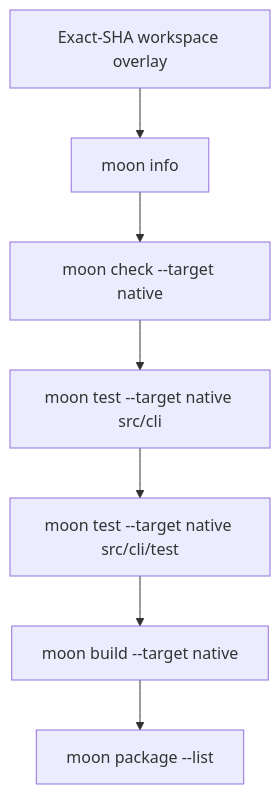
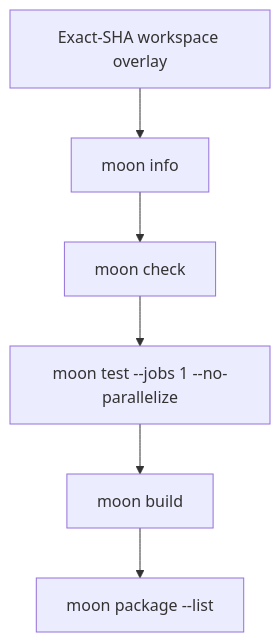
The second of 2 diagrams in README.mbt.md (totto2727-org/codex-sdk), drawn with Mermaid before and after one commit. The commit also changed other lines of this file and 1 other file, not shown here.

Commit message:
ci: validate the preferred target only

````diff
--- a/README.mbt.md
+++ b/README.mbt.md
@@ -142,9 +139,8 @@
 ```mermaid
 flowchart TD
   Overlay[Exact-SHA workspace overlay] --> Metadata[moon info]
-  Metadata --> Check[moon check --target native]
-  Check --> Whitebox[moon test --target native src/cli]
-  Whitebox --> Public[moon test --target native src/cli/test]
-  Public --> Build[moon build --target native]
+  Metadata --> Check[moon check]
+  Check --> Test[moon test --jobs 1 --no-parallelize]
+  Test --> Build[moon build]
   Build --> Package[moon package --list]
 ```
````
